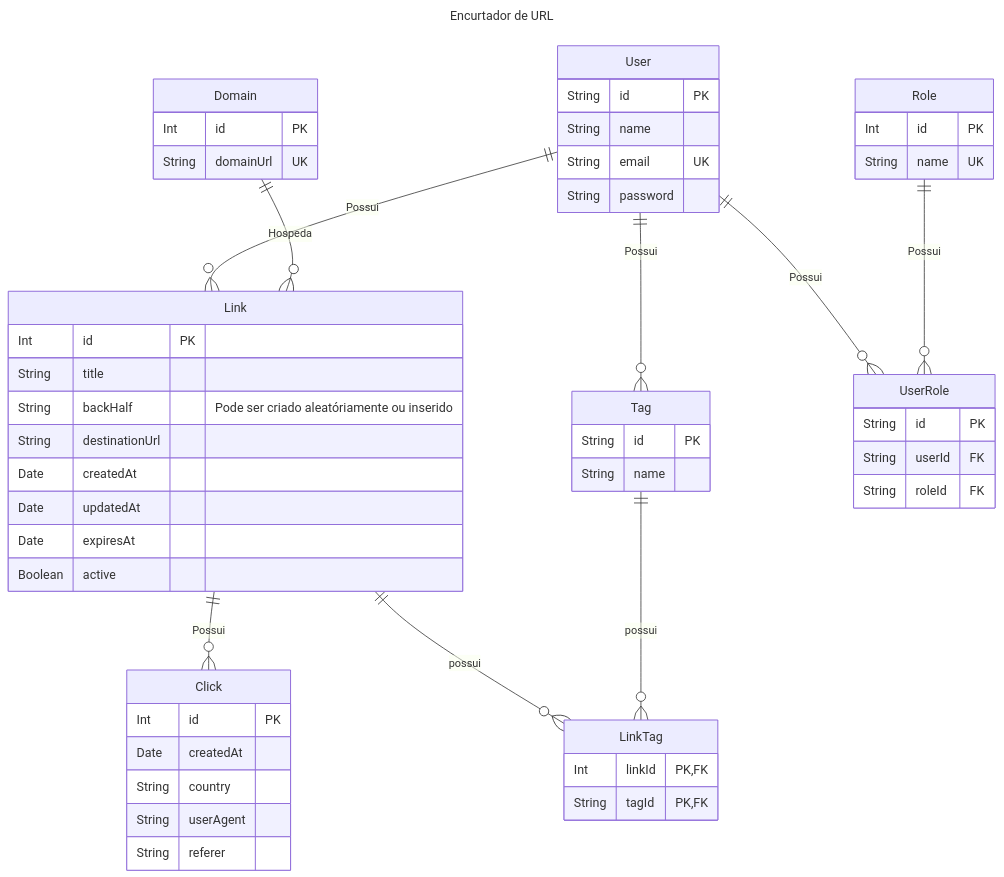
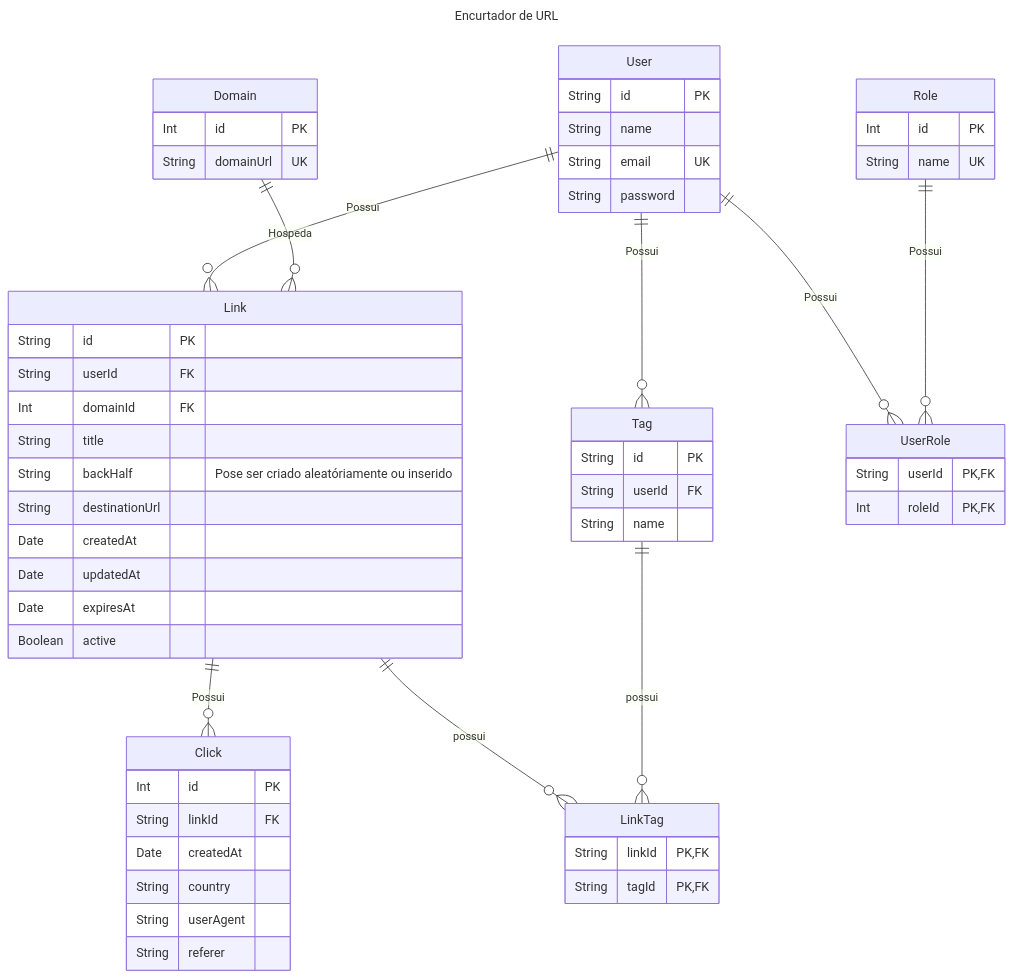
One commit to WillianSilva51/Linkr changed the diagram in linkr-api/README.md. Above: the diagram before and after it, drawn with Mermaid. The commit also changed 17 other files, not shown here.

First line of the commit message:
feat: Standardize entity ID types and update schema relationships**

````diff
--- a/linkr-api/README.md
+++ b/linkr-api/README.md
@@ -3,71 +3,74 @@
 ```mermaid
 ---
 title: Encurtador de URL
 ---
 
 erDiagram
     direction TB
 
     User ||--o{ Link: Possui
     Domain ||--o{ Link: Hospeda
     Link ||--o{ Click: Possui
     Link ||--o{ LinkTag: possui
     Tag ||--o{ LinkTag: possui
     User ||--o{ UserRole: Possui
     Role ||--o{ UserRole: Possui
     User ||--o{ Tag: Possui
 
     User {
         String id PK
         String name
         String email UK
         String password
     }
 
     Role {
         Int id PK
         String name UK
     }
 
     UserRole {
-        String id PK
-        String userId FK
-        String roleId FK
+        String userId PK, FK
+        Int roleId PK, FK
     }
 
     Link {
-        Int id PK
+        String id PK
+        String userId FK
+        Int domainId FK
         String title
-        String backHalf "Pode ser criado aleatóriamente ou inserido"
+        String backHalf "Pose ser criado aleatóriamente ou inserido"
         String destinationUrl
         Date createdAt
         Date updatedAt
         Date expiresAt
         Boolean active
     }
 %% Constraint: UNIQUE(domainId, backHalf)
 
     Domain {
         Int id PK
         String domainUrl UK
     }
 
     Tag {
         String id PK
+        String userId FK
         String name
     }
 %% Constraint: UNIQUE(userId, name)
 
     LinkTag {
-        Int linkId PK, FK
+        String linkId PK, FK
         String tagId PK, FK
     }
 
     Click {
         Int id PK
+        String linkId FK
         Date createdAt
         String country
         String userAgent
         String referer
     }
 ```
````
